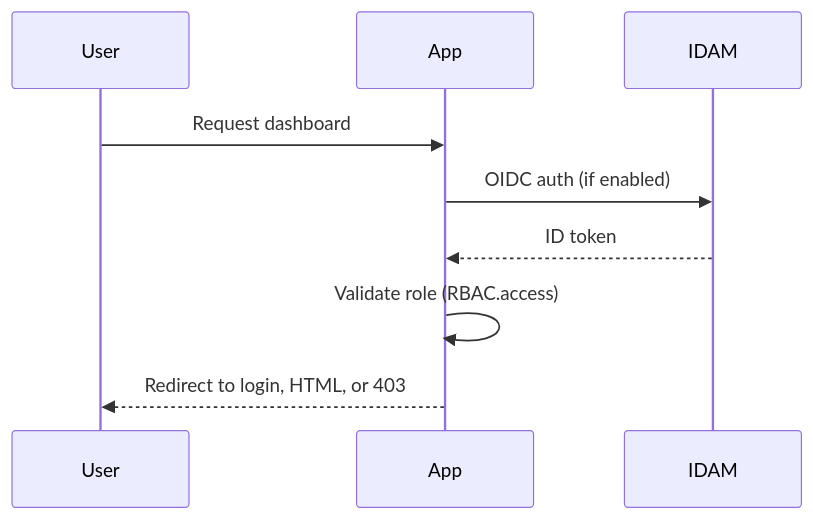
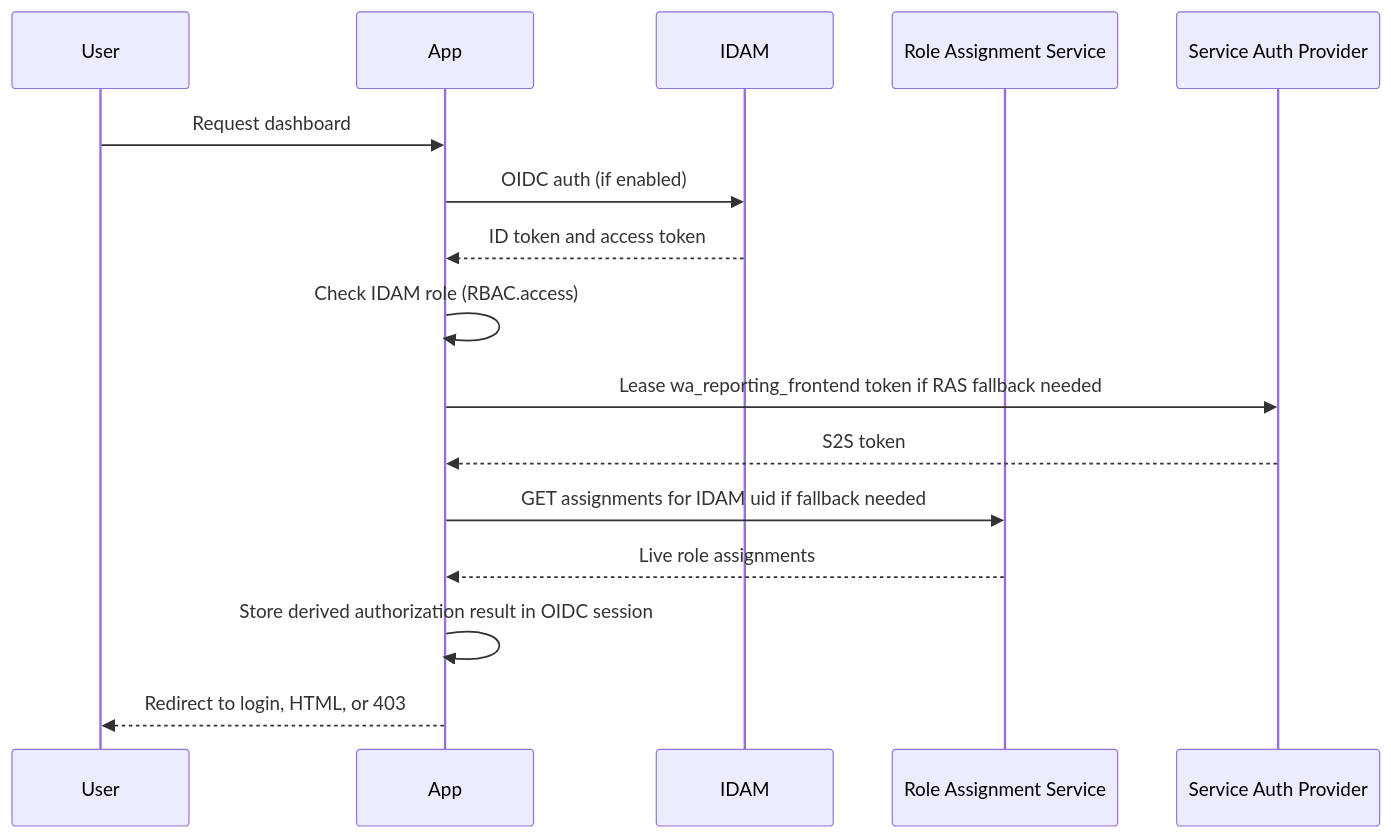
Before and after one commit to hmcts/wa-reporting-frontend: the diagram in docs/technical/security.md, drawn with Mermaid. The commit also changed other lines of this file and 16 other files, not shown here.

Commit message:
Add login-time RAS authorization

````diff
--- a/docs/technical/security.md
+++ b/docs/technical/security.md
@@ -12,11 +15,18 @@
 ```mermaid
 sequenceDiagram
   participant User as User
   participant App as App
   participant IDAM as IDAM
+  participant RAS as Role Assignment Service
+  participant S2S as Service Auth Provider
   User->>App: Request dashboard
   App->>IDAM: OIDC auth (if enabled)
-  IDAM-->>App: ID token
-  App->>App: Validate role (RBAC.access)
+  IDAM-->>App: ID token and access token
+  App->>App: Check IDAM role (RBAC.access)
+  App->>S2S: Lease wa_reporting_frontend token if RAS fallback needed
+  S2S-->>App: S2S token
+  App->>RAS: GET assignments for IDAM uid if fallback needed
+  RAS-->>App: Live role assignments
+  App->>App: Store derived authorization result in OIDC session
   App-->>User: Redirect to login, HTML, or 403
 ```
````
